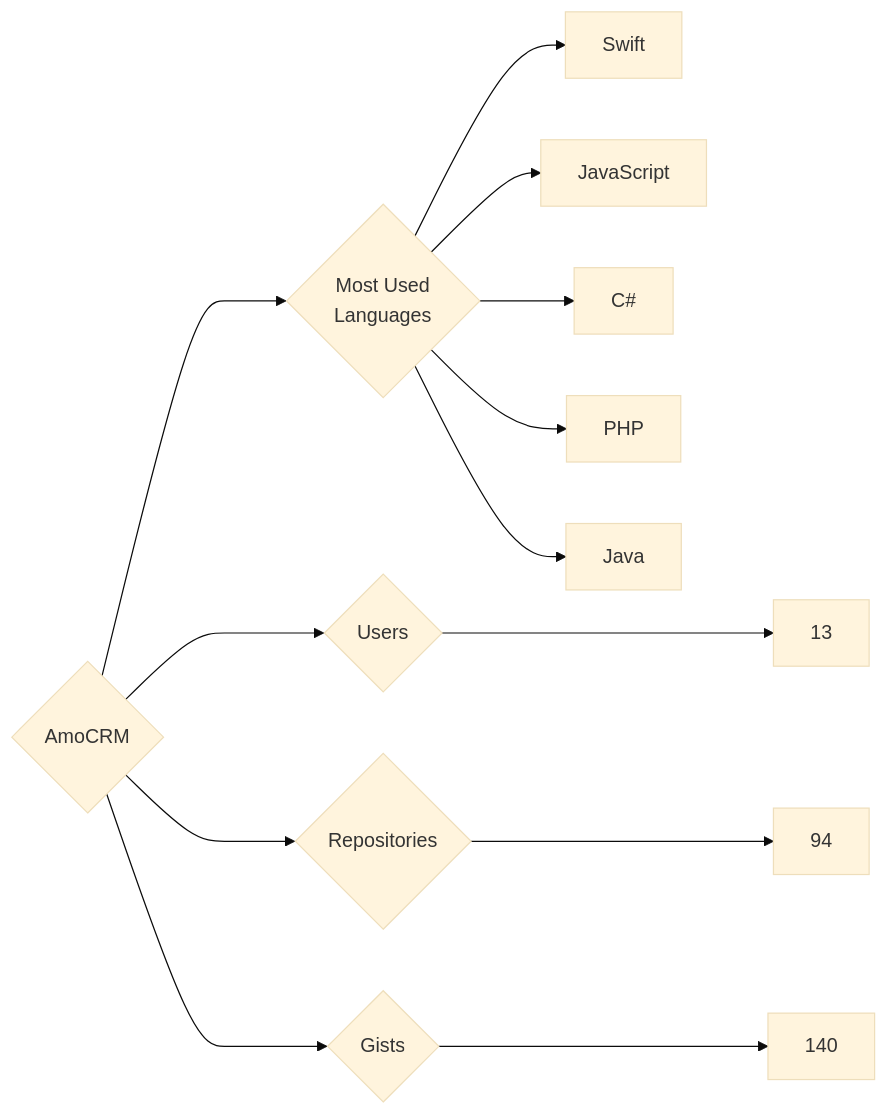
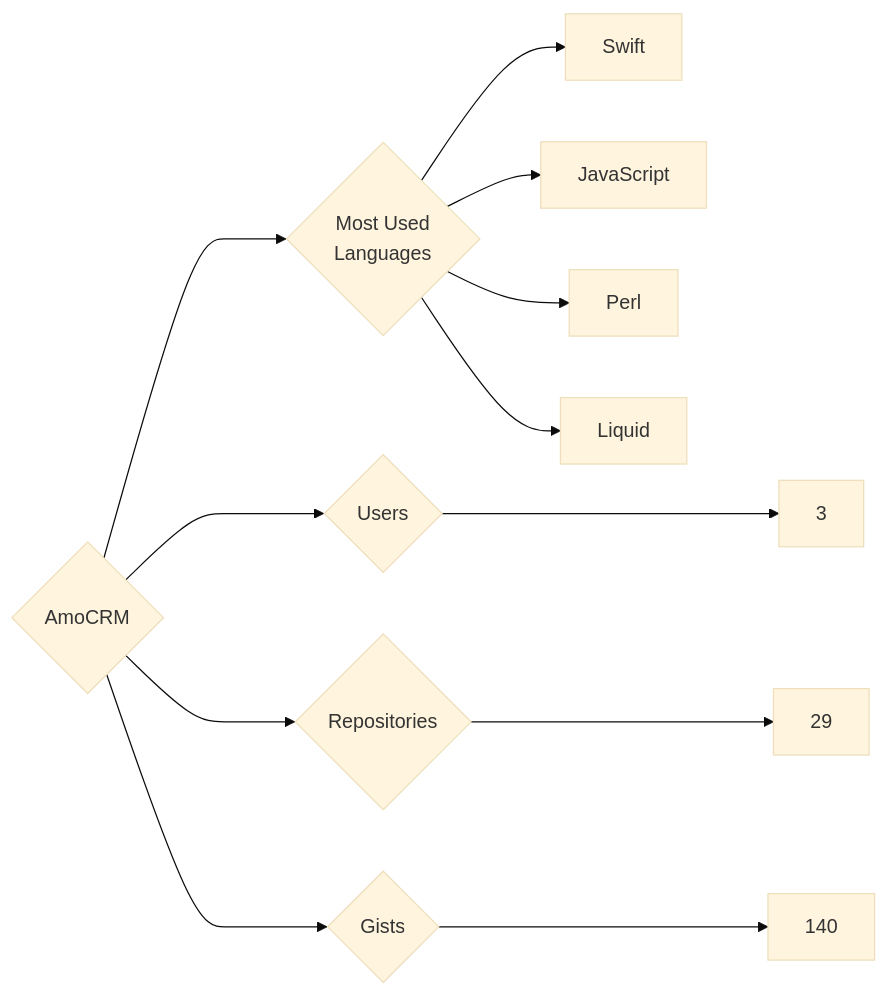
One commit to trickest/insiders changed the diagram in targets/AmoCRM/README.md. Above: the diagram before and after it, drawn with Mermaid (base theme). The commit also changed 944 other files, not shown here.

````diff
--- a/targets/AmoCRM/README.md
+++ b/targets/AmoCRM/README.md
@@ -3,13 +3,12 @@
 ```mermaid
 graph LR
 COMPANY_NAME{AmoCRM}
-COMPANY_NAME ---> U{Users} ---> UN[13]
-COMPANY_NAME ---> R{Repositories} ---> RN[94]
+COMPANY_NAME ---> U{Users} ---> UN[3]
+COMPANY_NAME ---> R{Repositories} ---> RN[29]
 COMPANY_NAME ---> G{Gists} ---> GN[140]
 COMPANY_NAME ---> ML{Most Used<br>Languages}
 ML --> Swift[Swift]
 ML --> JavaScript[JavaScript]
-ML --> C#[C#]
-ML --> PHP[PHP]
-ML --> Java[Java]
+ML --> Perl[Perl]
+ML --> Liquid[Liquid]
 ```
````
